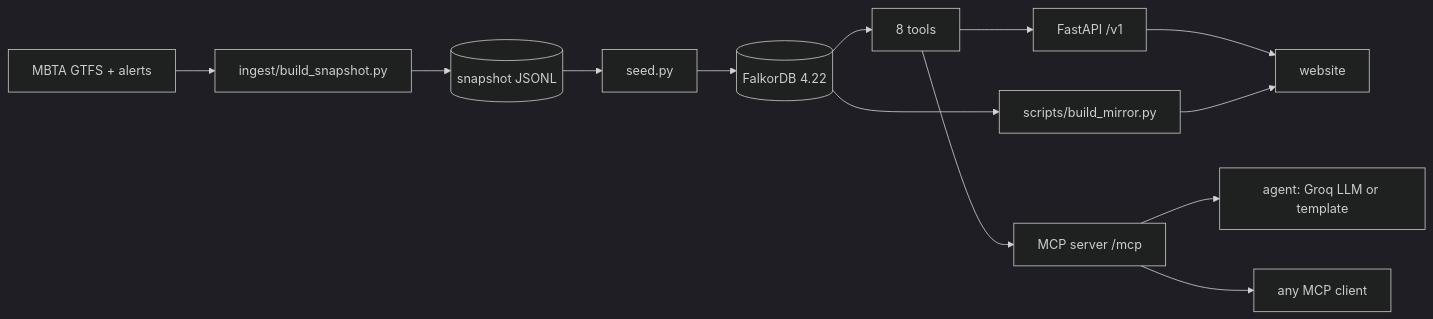
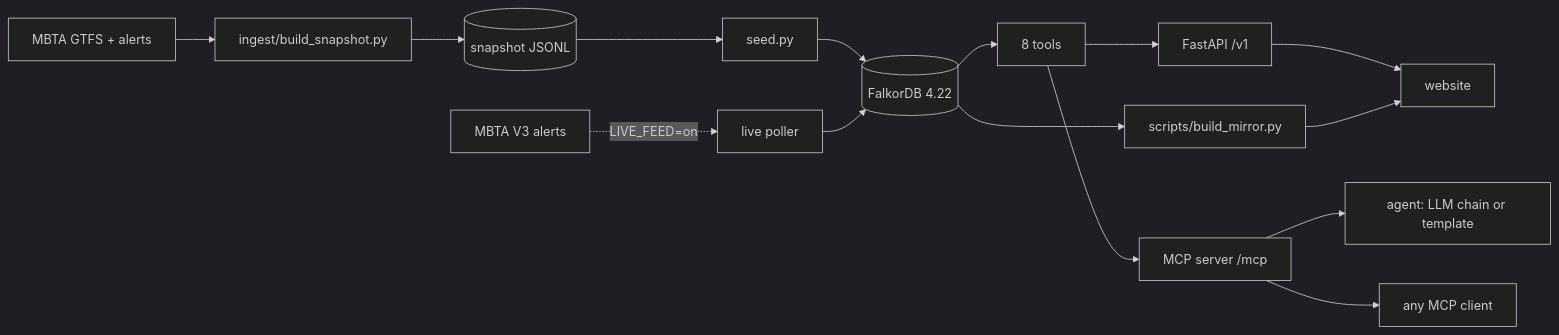
The second of 2 diagrams in README.md (murthyroshan/LastLift), drawn with Mermaid (dark theme) before and after one commit. The commit also changed other lines of this file and 20 other files, not shown here.

First line of the commit message:
agent: live poller, provider chain, trace ids

````diff
--- a/README.md
+++ b/README.md
@@ -204,8 +206,9 @@
 ```mermaid
 graph LR
   GTFS[MBTA GTFS + alerts] --> Ingest[ingest/build_snapshot.py] --> Snap[(snapshot JSONL)] --> Seed[seed.py] --> FDB[(FalkorDB 4.22)]
   FDB --> Tools[8 tools] --> API[FastAPI /v1] --> Web[website]
-  Tools --> MCP[MCP server /mcp] --> Agent[agent: Groq LLM or template]
+  Tools --> MCP[MCP server /mcp] --> Agent[agent: LLM chain or template]
+  V3[MBTA V3 alerts] -.->|LIVE_FEED=on| Poller[live poller] --> FDB
   MCP --> Clients[any MCP client]
   FDB --> Mirror[scripts/build_mirror.py] --> Web
 ```
````
